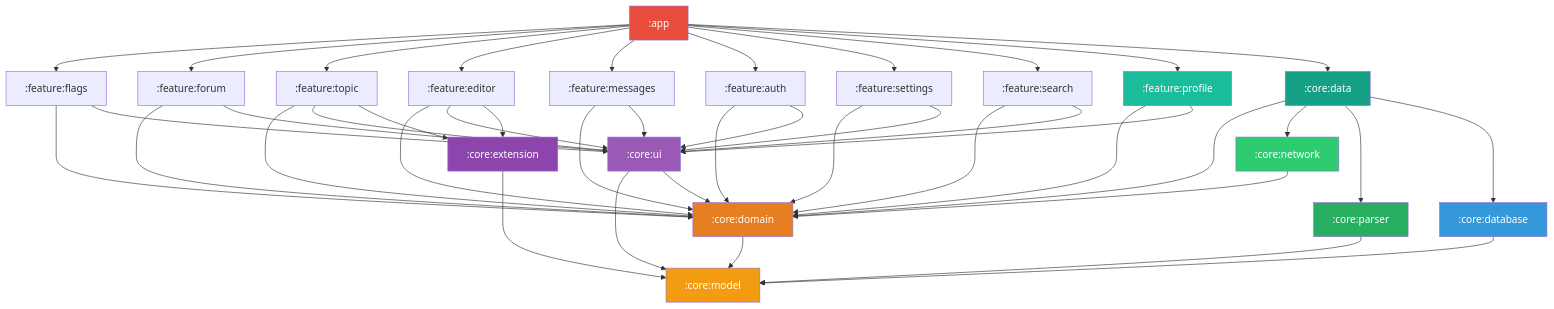
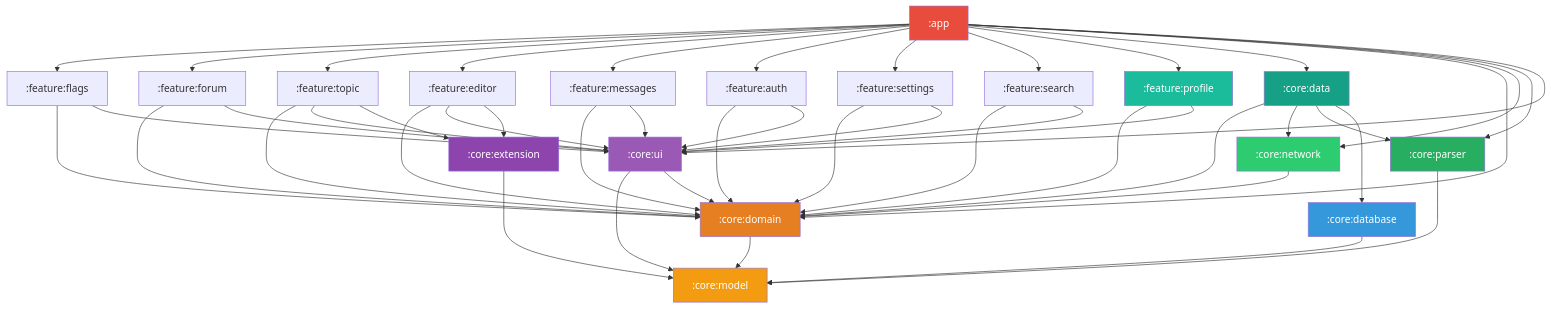
The second of 3 diagrams in docs/specs/architecture.md (ForumHFR/redface2), drawn with Mermaid before and after one commit. The commit also changed other lines of this file and 12 other files, not shown here.

````diff
--- a/docs/specs/architecture.md
+++ b/docs/specs/architecture.md
@@ -56,68 +56,72 @@
 ```mermaid
 graph TB
     APP[":app"] --> FFL[":feature:flags"]
     APP --> FF[":feature:forum"]
     APP --> FT[":feature:topic"]
     APP --> FE[":feature:editor"]
     APP --> FM[":feature:messages"]
     APP --> FA[":feature:auth"]
     APP --> FS[":feature:settings"]
     APP --> FSR[":feature:search"]
     APP --> FPR[":feature:profile"]
     APP --> CDATA[":core:data"]
+    APP --> CDOM[":core:domain"]
+    APP --> CN[":core:network"]
+    APP --> CP[":core:parser"]
+    APP --> CU[":core:ui"]
 
     FFL --> CDOM[":core:domain"]
     FFL --> CU[":core:ui"]
 
     FF --> CDOM
     FF --> CU
 
     FT --> CDOM
     FT --> CU
     FT --> CEXT[":core:extension"]
 
     FE --> CDOM
     FE --> CU
     FE --> CEXT
 
     FM --> CDOM
     FM --> CU
 
     FA --> CDOM
     FA --> CU
 
     FS --> CDOM
     FS --> CU
 
     FSR --> CDOM
     FSR --> CU
 
     FPR --> CDOM
     FPR --> CU
 
     CDOM --> CM[":core:model"]
     CEXT --> CM
     CU --> CM
     CU --> CDOM
 
     CDATA --> CDOM
     CDATA --> CN[":core:network"]
     CDATA --> CP[":core:parser"]
     CDATA --> CD[":core:database"]
 
     CN --> CDOM
 
     CP --> CM
     CD --> CM
 
     style APP fill:#e74c3c,color:#fff
     style CM fill:#f39c12,color:#fff
     style CDOM fill:#e67e22,color:#fff
     style CDATA fill:#16a085,color:#fff
     style CN fill:#2ecc71,color:#fff
     style CP fill:#27ae60,color:#fff
     style CD fill:#3498db,color:#fff
     style CU fill:#9b59b6,color:#fff
     style CEXT fill:#8e44ad,color:#fff
     style FPR fill:#1abc9c,color:#fff
 ```
````
